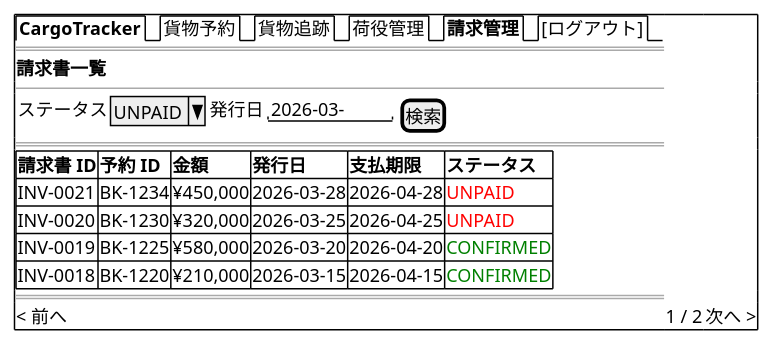
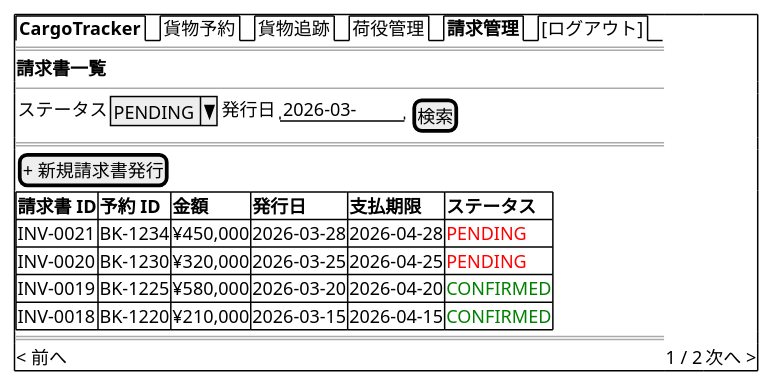
Before and after one commit to k2works/case-study-cargo-tracker: diagram 14 of 15 in docs/design/ui_design.md, drawn with PlantUML. The commit also changed other lines of this file, not shown here.

````diff
--- a/docs/design/ui_design.md
+++ b/docs/design/ui_design.md
@@ -704,23 +708,24 @@
 ```plantuml
 @startsalt
 {+
   {/ <b>CargoTracker</b> | 貨物予約 | 貨物追跡 | 荷役管理 | <b>請求管理</b> | [ログアウト] }
   ==
   <b>請求書一覧</b>
   --
   {
-    ステータス | ^UNPAID^ | 発行日 | "2026-03-  " | [検索]
+    ステータス | ^PENDING^ | 発行日 | "2026-03-  " | [検索]
   }
   ==
+  [+ 新規請求書発行]
   {#
     **請求書 ID** | **予約 ID** | **金額** | **発行日**   | **支払期限** | **ステータス**
-    INV-0021      | BK-1234     | ¥450,000 | 2026-03-28   | 2026-04-28   | <color:red>UNPAID</color>
-    INV-0020      | BK-1230     | ¥320,000 | 2026-03-25   | 2026-04-25   | <color:red>UNPAID</color>
+    INV-0021      | BK-1234     | ¥450,000 | 2026-03-28   | 2026-04-28   | <color:red>PENDING</color>
+    INV-0020      | BK-1230     | ¥320,000 | 2026-03-25   | 2026-04-25   | <color:red>PENDING</color>
     INV-0019      | BK-1225     | ¥580,000 | 2026-03-20   | 2026-04-20   | <color:green>CONFIRMED</color>
     INV-0018      | BK-1220     | ¥210,000 | 2026-03-15   | 2026-04-15   | <color:green>CONFIRMED</color>
   }
   ==
   < 前へ | 1 / 2 | 次へ >
 }
 @endsalt
 ```
````
